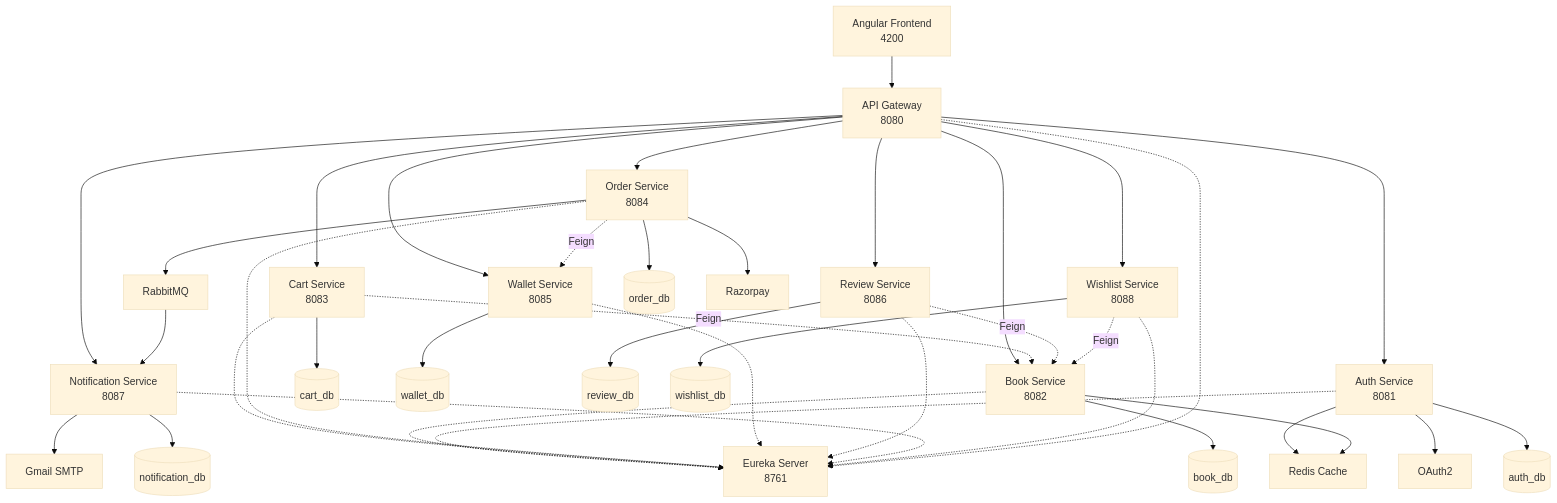
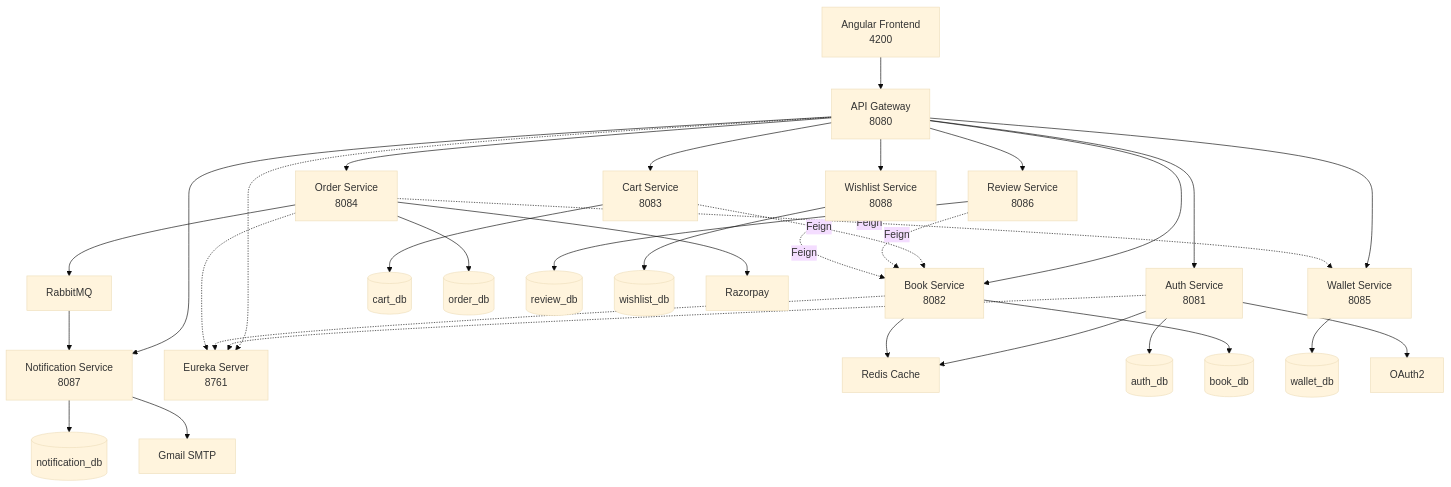
One commit to aryannn03/2215000373 changed the diagram in README.md. Above: the diagram before and after it, drawn with Mermaid (base theme).

```diff
--- a/README.md
+++ b/README.md
@@ -7,10 +7,7 @@
 %% ================= GATEWAY =================
 GW[API Gateway<br/>8080]
 
-%% ================= DISCOVERY =================
-EU[Eureka Server<br/>8761]
-
-%% ================= MICROSERVICES =================
+%% ================= CORE SERVICES =================
 AUTH[Auth Service<br/>8081]
 BOOK[Book Service<br/>8082]
 CART[Cart Service<br/>8083]
@@ -20,7 +17,8 @@
 NOTIF[Notification Service<br/>8087]
 WISH[Wishlist Service<br/>8088]
 
-%% ================= MESSAGING =================
+%% ================= INFRA =================
+EU[Eureka Server<br/>8761]
 RABBIT[RabbitMQ]
 REDIS[Redis Cache]
 
@@ -39,7 +37,7 @@
 RAZOR[Razorpay]
 SMTP[Gmail SMTP]
 
-%% ================= FLOW =================
+%% ================= MAIN FLOW =================
 
 FE --> GW
 
@@ -52,18 +50,32 @@
 GW --> NOTIF
 GW --> WISH
 
-%% Eureka
+%% ================= SERVICE DISCOVERY =================
+
+GW -.-> EU
 AUTH -.-> EU
 BOOK -.-> EU
-CART -.-> EU
 ORDER -.-> EU
-WALLET -.-> EU
-REVIEW -.-> EU
-NOTIF -.-> EU
-WISH -.-> EU
-GW -.-> EU
 
-%% Databases
+%% ================= FEIGN =================
+
+CART -. Feign .-> BOOK
+REVIEW -. Feign .-> BOOK
+WISH -. Feign .-> BOOK
+ORDER -. Feign .-> WALLET
+
+%% ================= MESSAGING =================
+
+ORDER --> RABBIT
+RABBIT --> NOTIF
+
+%% ================= REDIS =================
+
+AUTH --> REDIS
+BOOK --> REDIS
+
+%% ================= DATABASES =================
+
 AUTH --> AUTHDB
 BOOK --> BOOKDB
 CART --> CARTDB
@@ -73,21 +85,8 @@
 WISH --> WISHDB
 NOTIF --> NOTIFDB
 
-%% Redis
-AUTH --> REDIS
-BOOK --> REDIS
+%% ================= EXTERNAL SERVICES =================
 
-%% RabbitMQ
-ORDER --> RABBIT
-RABBIT --> NOTIF
-
-%% Feign
-CART -. Feign .-> BOOK
-REVIEW -. Feign .-> BOOK
-WISH -. Feign .-> BOOK
-ORDER -. Feign .-> WALLET
-
-%% External Services
 AUTH --> GOOGLE
 ORDER --> RAZOR
 NOTIF --> SMTP
```
